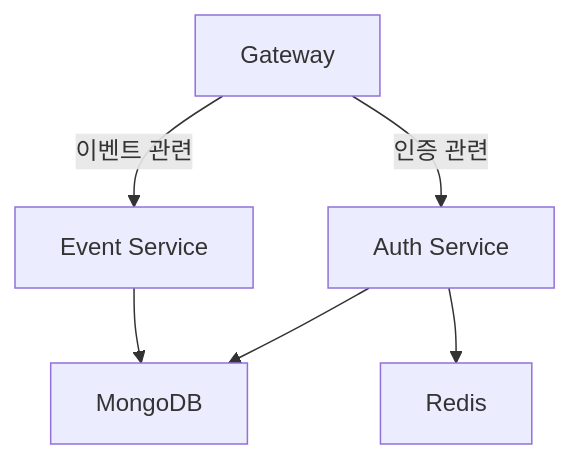
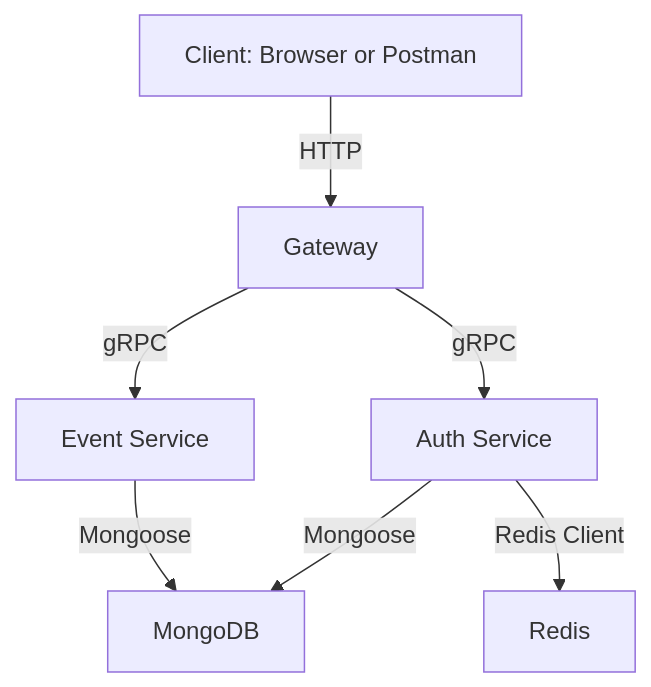
Before and after one commit to foreverfl/nexon-backend: the diagram in README.md, drawn with Mermaid. The commit also changed other lines of this file and 2 other files, not shown here.

Commit message:
test: rewards 엔드포인트 단위 테스트 및 일부 수정

````diff
--- a/README.md
+++ b/README.md
@@ -34,14 +34,19 @@
 ```mermaid
 graph TD
+  C[Client: Browser or Postman]
+
   GW[Gateway]
+
   AUTH[Auth Service]
   EVENT[Event Service]
+
   MONGO[MongoDB]
   REDIS[Redis]
 
-  GW -->|인증 관련| AUTH
-  GW -->|이벤트 관련| EVENT
-  AUTH --> MONGO
-  AUTH --> REDIS
-  EVENT --> MONGO
+  C -->|HTTP| GW
+  GW -->|gRPC| AUTH
+  GW -->|gRPC| EVENT
+  AUTH -->|Mongoose| MONGO
+  AUTH -->|Redis Client| REDIS
+  EVENT -->|Mongoose| MONGO
 ```
````
